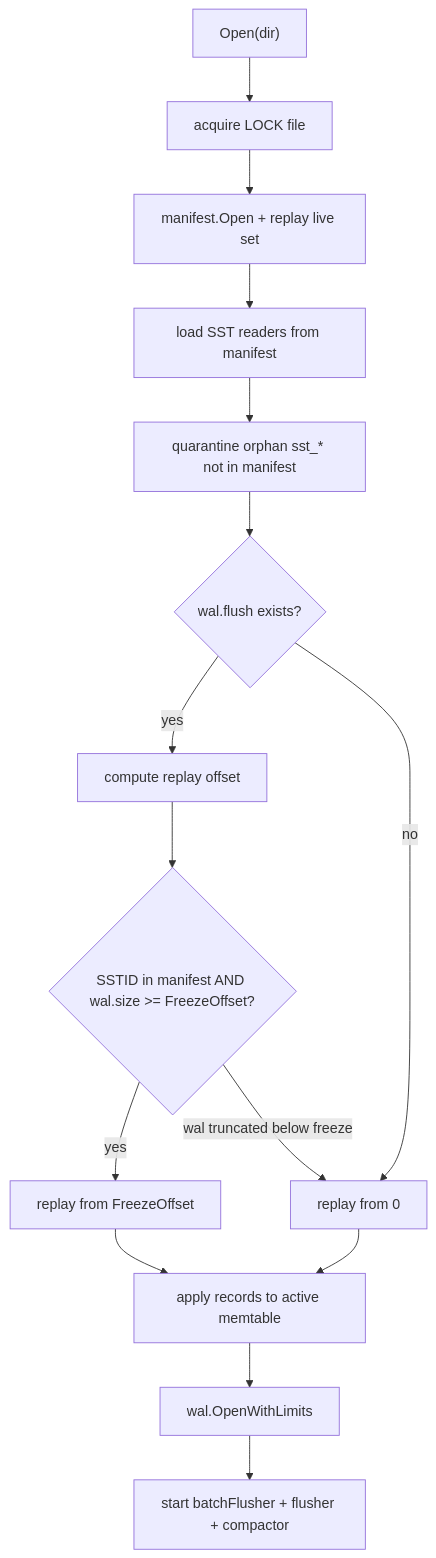
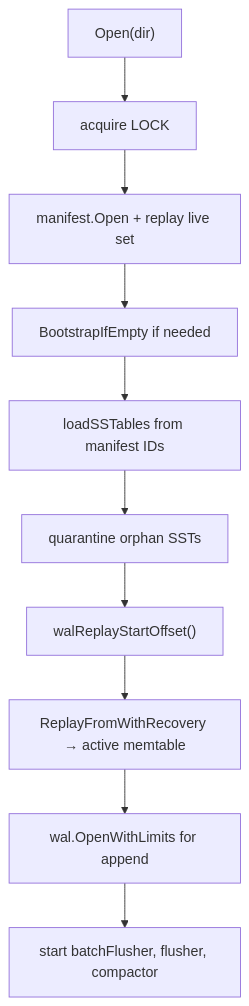
The diagram in docs/architecture/RECOVERY.md (RUDRA-PRATAP-SINGH01/PebbleDB), drawn with Mermaid before and after one commit. The commit also changed other lines of this file and 19 other files, not shown here.

````diff
--- a/docs/architecture/RECOVERY.md
+++ b/docs/architecture/RECOVERY.md
@@ -7,17 +20,12 @@
 ```mermaid
 flowchart TD
-    A["Open(dir)"] --> B["acquire LOCK file"]
+    A["Open(dir)"] --> B["acquire LOCK"]
     B --> C["manifest.Open + replay live set"]
-    C --> D["load SST readers from manifest"]
-    D --> E["quarantine orphan sst_* not in manifest"]
-    E --> F{"wal.flush exists?"}
-    F -->|yes| G["compute replay offset"]
-    F -->|no| H["replay from 0"]
-    G --> I{"SSTID in manifest AND wal.size >= FreezeOffset?"}
-    I -->|yes| J["replay from FreezeOffset"]
-    I -->|wal truncated below freeze| H
-    J --> K["apply records to active memtable"]
-    H --> K
-    K --> L["wal.OpenWithLimits"]
-    L --> M["start batchFlusher + flusher + compactor"]
+    C --> D["BootstrapIfEmpty if needed"]
+    D --> E["loadSSTables from manifest IDs"]
+    E --> F["quarantine orphan SSTs"]
+    F --> G["walReplayStartOffset()"]
+    G --> H["ReplayFromWithRecovery → active memtable"]
+    H --> I["wal.OpenWithLimits for append"]
+    I --> J["start batchFlusher, flusher, compactor"]
 ```
````
